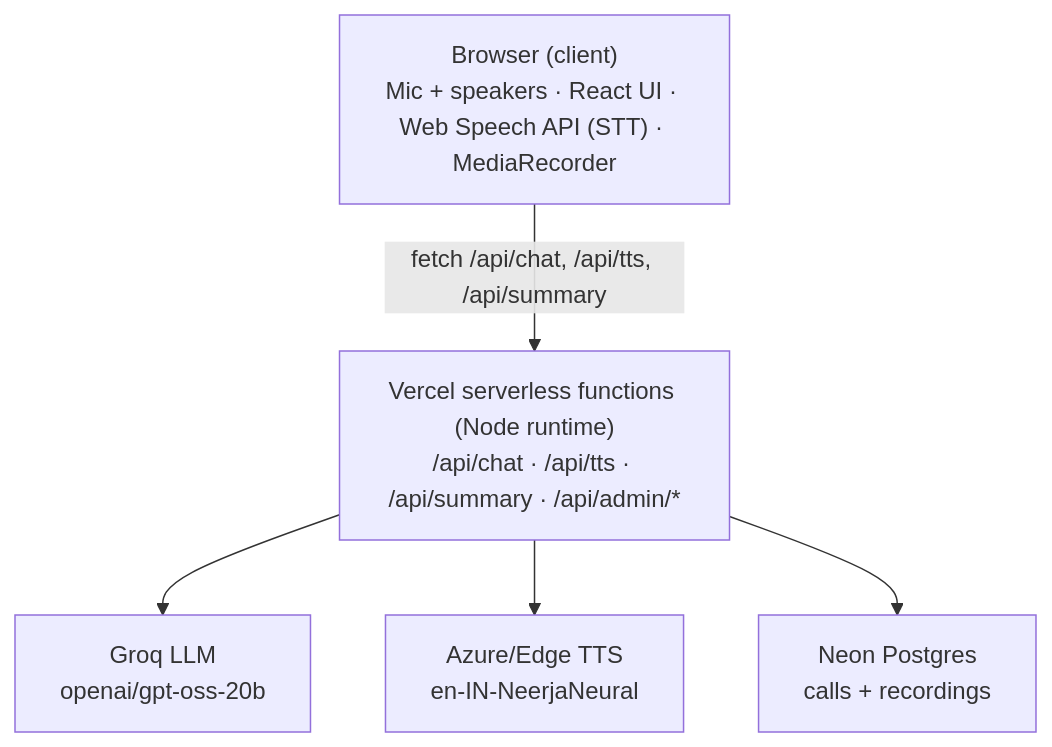
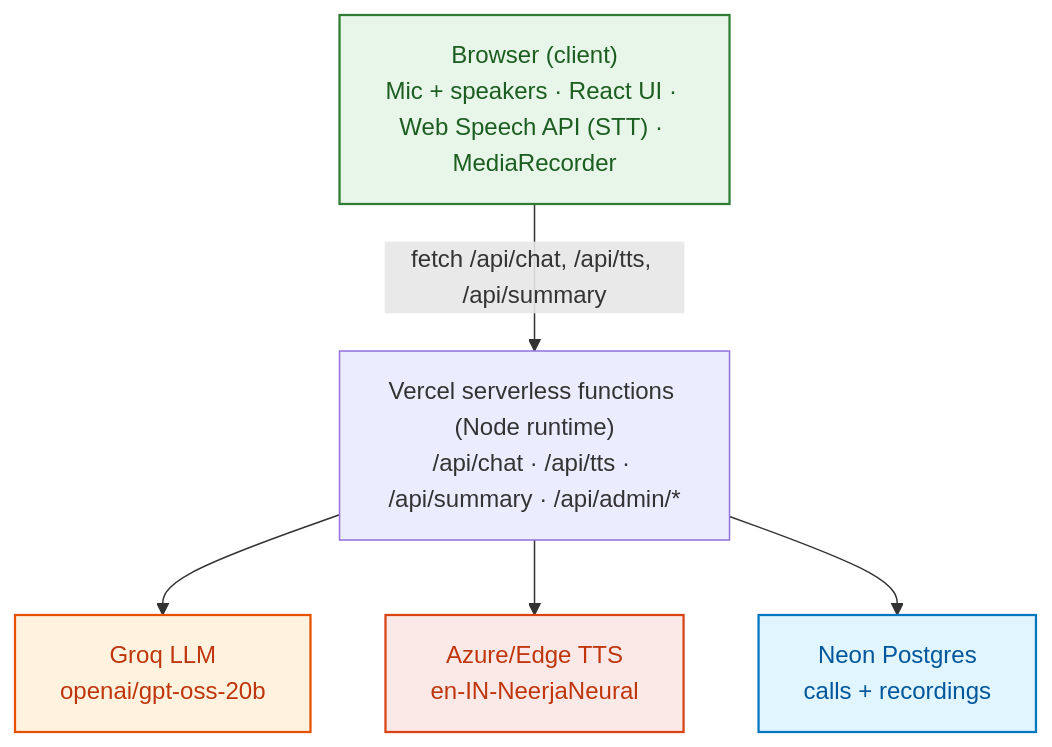
Before and after one commit to JiteshKushwaha/Aria-Voice-Agent: the diagram in README.md, drawn with Mermaid.

````diff
--- a/README.md
+++ b/README.md
@@ -11,14 +11,21 @@
 ```mermaid
 graph TD
-    Client["Browser (client)<br/>Mic + speakers · React UI · Web Speech API (STT) · MediaRecorder"]
-    API["Vercel serverless functions (Node runtime)<br/>/api/chat · /api/tts · /api/summary · /api/admin/*"]
+    %% Custom styles
+    classDef client fill:#E8F5E9,stroke:#2E7D32,stroke-width:1.5px,color:#1B5E20
+    classDef api fill:#EDE7F6,stroke:#512DA8,stroke-width:1.5px,color:#311B92
+    classDef llm fill:#FFF3E0,stroke:#E65100,stroke-width:1.5px,color:#BF360C
+    classDef tts fill:#FBE9E7,stroke:#D84315,stroke-width:1.5px,color:#BF360C
+    classDef db fill:#E1F5FE,stroke:#0277BD,stroke-width:1.5px,color:#01579B
+
+    Client["Browser (client)<br/>Mic + speakers · React UI · Web Speech API (STT) · MediaRecorder"]:::client
+    API["Vercel serverless functions (Node runtime)<br/>/api/chat · /api/tts · /api/summary · /api/admin/*"]:::API
     
-    LLM["Groq LLM<br/>openai/gpt-oss-20b"]
-    TTS["Azure/Edge TTS<br/>en-IN-NeerjaNeural"]
-    DB["Neon Postgres<br/>calls + recordings"]
+    LLM["Groq LLM<br/>openai/gpt-oss-20b"]:::llm
+    TTS["Azure/Edge TTS<br/>en-IN-NeerjaNeural"]:::tts
+    DB["Neon Postgres<br/>calls + recordings"]:::db
 
     Client -->|fetch /api/chat, /api/tts, /api/summary| API
     API --> LLM
     API --> TTS
     API --> DB
 ```
````
